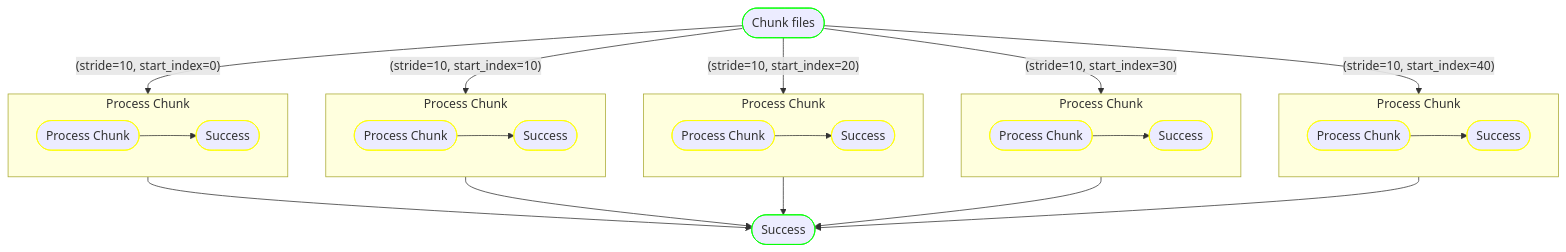
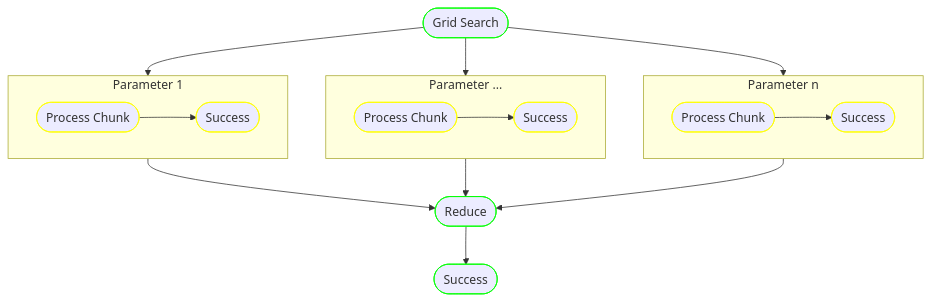
One commit to AstraZeneca/runnable changed the diagram in docs/concepts/map.md. Above: the diagram before and after it, drawn with Mermaid. The commit also changed other lines of this file and 33 other files, not shown here.

````diff
--- a/docs/concepts/map.md
+++ b/docs/concepts/map.md
@@ -32,51 +9,37 @@
-    ```mermaid
+```mermaid
     flowchart TD
-    chunkify([Chunk files]):::green
+    gridSearch([Grid Search]):::green
     success([Success]):::green
 
-    subgraph one[Process Chunk]
+    subgraph one[Parameter 1]
         process_chunk1([Process Chunk]):::yellow
         success_chunk1([Success]):::yellow
 
         process_chunk1 --> success_chunk1
     end
 
-    subgraph two[Process Chunk]
+    subgraph two[Parameter ...]
         process_chunk2([Process Chunk]):::yellow
         success_chunk2([Success]):::yellow
 
         process_chunk2 --> success_chunk2
     end
 
-    subgraph three[Process Chunk]
+    subgraph three[Parameter n]
         process_chunk3([Process Chunk]):::yellow
         success_chunk3([Success]):::yellow
 
         process_chunk3 --> success_chunk3
     end
 
-    subgraph four[Process Chunk]
-        process_chunk4([Process Chunk]):::yellow
-        success_chunk4([Success]):::yellow
-
-        process_chunk4 --> success_chunk4
-    end
-
-    subgraph five[Process Chunk]
-        process_chunk5([Process Chunk]):::yellow
-        success_chunk5([Success]):::yellow
-
-        process_chunk5 --> success_chunk5
-    end
+    reduce([Reduce]):::green
 
 
-
-    chunkify -- (stride=10, start_index=0)--> one --> success
-    chunkify -- (stride=10, start_index=10)--> two --> success
-    chunkify -- (stride=10, start_index=20)--> three --> success
-    chunkify -- (stride=10, start_index=30)--> four --> success
-    chunkify -- (stride=10, start_index=40)--> five --> success
+    gridSearch --> one --> reduce
+    gridSearch --> two --> reduce
+    gridSearch --> three --> reduce
+    reduce --> success
 
     classDef yellow stroke:#FFFF00
     classDef green stroke:#0f0
-    ```
+```
````
